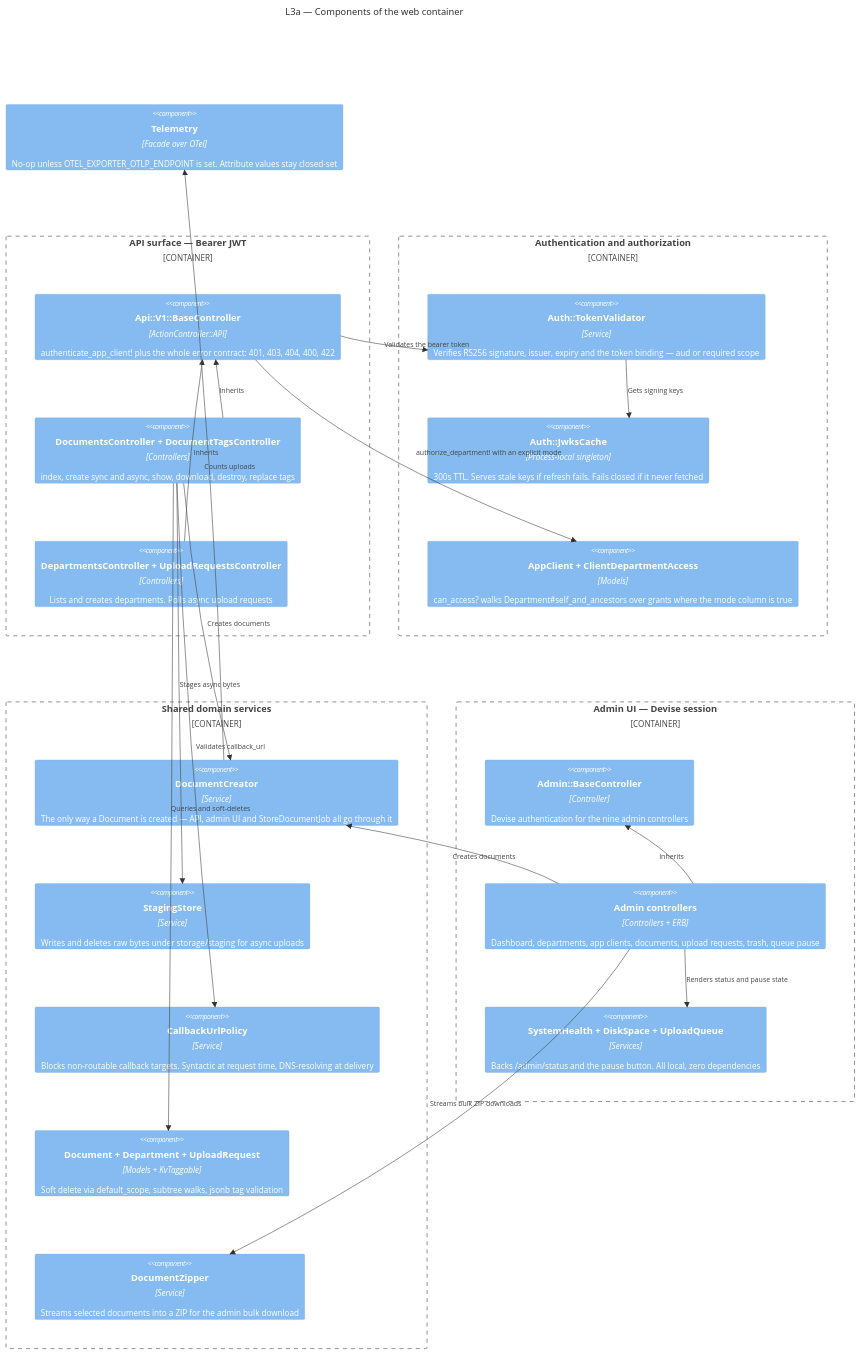
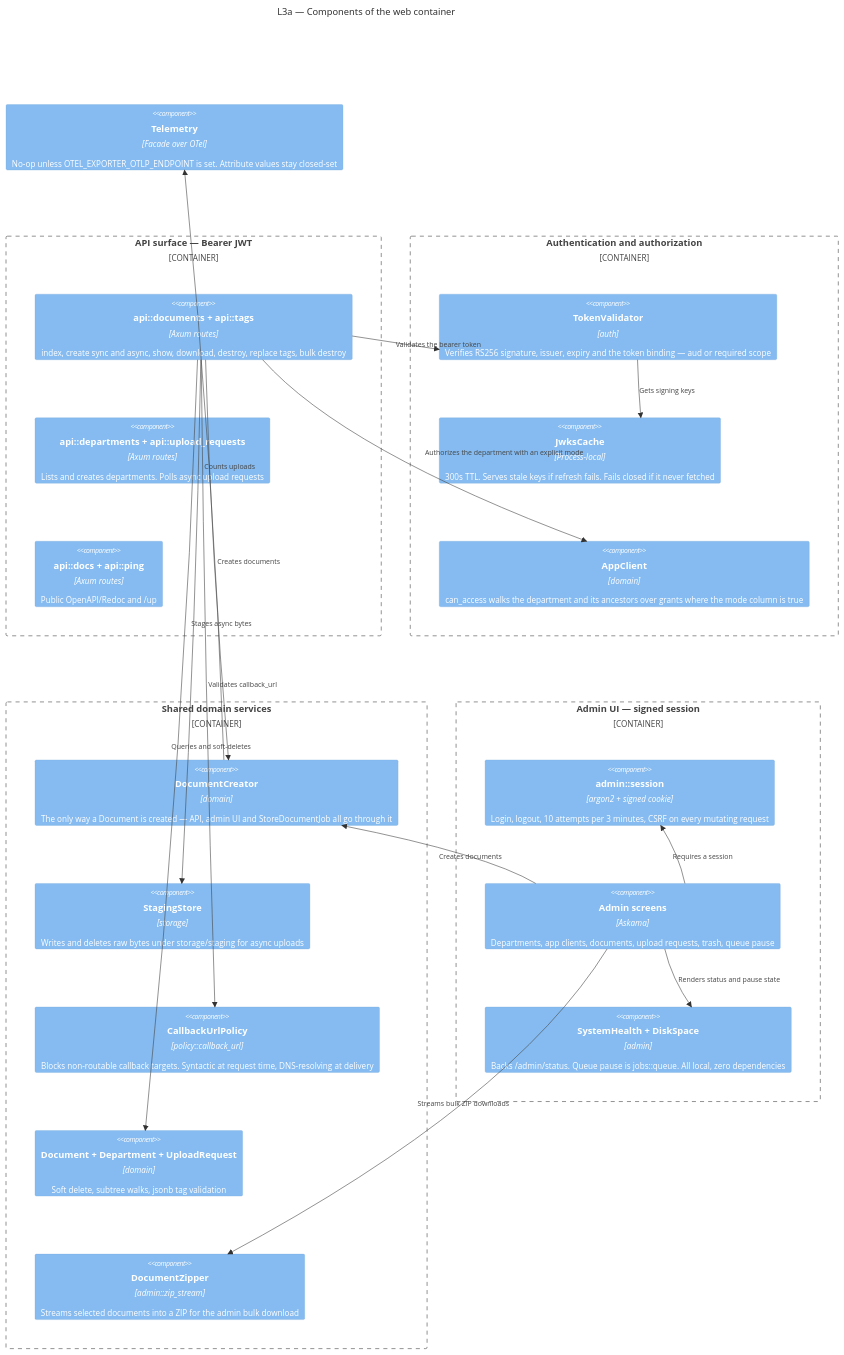
The third of 7 diagrams in docs/architecture/c4.md (maximefourre/ged), drawn with Mermaid before and after one commit. The commit also changed other lines of this file and 7 other files, not shown here.

````diff
--- a/docs/architecture/c4.md
+++ b/docs/architecture/c4.md
@@ -127,49 +133,47 @@
 ```mermaid
 C4Component
     title L3a — Components of the web container
 
     Container_Boundary(api, "API surface — Bearer JWT") {
-        Component(apibase, "Api::V1::BaseController", "ActionController::API", "authenticate_app_client! plus the whole error contract: 401, 403, 404, 400, 422")
-        Component(apidocs, "DocumentsController + DocumentTagsController", "Controllers", "index, create sync and async, show, download, destroy, replace tags")
-        Component(apidept, "DepartmentsController + UploadRequestsController", "Controllers", "Lists and creates departments. Polls async upload requests")
+        Component(apidocs, "api::documents + api::tags", "Axum routes", "index, create sync and async, show, download, destroy, replace tags, bulk destroy")
+        Component(apidept, "api::departments + api::upload_requests", "Axum routes", "Lists and creates departments. Polls async upload requests")
+        Component(ping, "api::docs + api::ping", "Axum routes", "Public OpenAPI/Redoc and /up")
     }
 
     Container_Boundary(auth, "Authentication and authorization") {
-        Component(validator, "Auth::TokenValidator", "Service", "Verifies RS256 signature, issuer, expiry and the token binding — aud or required scope")
-        Component(jwks, "Auth::JwksCache", "Process-local singleton", "300s TTL. Serves stale keys if refresh fails. Fails closed if it never fetched")
-        Component(appclient, "AppClient + ClientDepartmentAccess", "Models", "can_access? walks Department#self_and_ancestors over grants where the mode column is true")
+        Component(validator, "TokenValidator", "auth", "Verifies RS256 signature, issuer, expiry and the token binding — aud or required scope")
+        Component(jwks, "JwksCache", "Process-local", "300s TTL. Serves stale keys if refresh fails. Fails closed if it never fetched")
+        Component(appclient, "AppClient", "domain", "can_access walks the department and its ancestors over grants where the mode column is true")
     }
 
     Container_Boundary(shared, "Shared domain services") {
-        Component(creator, "DocumentCreator", "Service", "The only way a Document is created — API, admin UI and StoreDocumentJob all go through it")
-        Component(staging, "StagingStore", "Service", "Writes and deletes raw bytes under storage/staging for async uploads")
-        Component(ssrf, "CallbackUrlPolicy", "Service", "Blocks non-routable callback targets. Syntactic at request time, DNS-resolving at delivery")
-        Component(models, "Document + Department + UploadRequest", "Models + KvTaggable", "Soft delete via default_scope, subtree walks, jsonb tag validation")
-        Component(zipper, "DocumentZipper", "Service", "Streams selected documents into a ZIP for the admin bulk download")
+        Component(creator, "DocumentCreator", "domain", "The only way a Document is created — API, admin UI and StoreDocumentJob all go through it")
+        Component(staging, "StagingStore", "storage", "Writes and deletes raw bytes under storage/staging for async uploads")
+        Component(ssrf, "CallbackUrlPolicy", "policy::callback_url", "Blocks non-routable callback targets. Syntactic at request time, DNS-resolving at delivery")
+        Component(models, "Document + Department + UploadRequest", "domain", "Soft delete, subtree walks, jsonb tag validation")
+        Component(zipper, "DocumentZipper", "admin::zip_stream", "Streams selected documents into a ZIP for the admin bulk download")
     }
 
-    Container_Boundary(adminui, "Admin UI — Devise session") {
-        Component(adminbase, "Admin::BaseController", "Controller", "Devise authentication for the nine admin controllers")
-        Component(adminctl, "Admin controllers", "Controllers + ERB", "Dashboard, departments, app clients, documents, upload requests, trash, queue pause")
-        Component(health, "SystemHealth + DiskSpace + UploadQueue", "Services", "Backs /admin/status and the pause button. All local, zero dependencies")
+    Container_Boundary(adminui, "Admin UI — signed session") {
+        Component(adminbase, "admin::session", "argon2 + signed cookie", "Login, logout, 10 attempts per 3 minutes, CSRF on every mutating request")
+        Component(adminctl, "Admin screens", "Askama", "Departments, app clients, documents, upload requests, trash, queue pause")
+        Component(health, "SystemHealth + DiskSpace", "admin", "Backs /admin/status. Queue pause is jobs::queue. All local, zero dependencies")
     }
 
     Component(telemetry, "Telemetry", "Facade over OTel", "No-op unless OTEL_EXPORTER_OTLP_ENDPOINT is set. Attribute values stay closed-set")
 
-    Rel(apidocs, apibase, "Inherits")
-    Rel(apidept, apibase, "Inherits")
-    Rel(apibase, validator, "Validates the bearer token")
+    Rel(apidocs, validator, "Validates the bearer token")
     Rel(validator, jwks, "Gets signing keys")
-    Rel(apibase, appclient, "authorize_department! with an explicit mode")
+    Rel(apidocs, appclient, "Authorizes the department with an explicit mode")
     Rel(apidocs, creator, "Creates documents")
     Rel(apidocs, staging, "Stages async bytes")
     Rel(apidocs, ssrf, "Validates callback_url")
     Rel(apidocs, models, "Queries and soft-deletes")
-    Rel(adminctl, adminbase, "Inherits")
+    Rel(adminctl, adminbase, "Requires a session")
     Rel(adminctl, creator, "Creates documents")
     Rel(adminctl, health, "Renders status and pause state")
     Rel(adminctl, zipper, "Streams bulk ZIP downloads")
     Rel(creator, telemetry, "Counts uploads")
 
     UpdateLayoutConfig($c4ShapeInRow="3", $c4BoundaryInRow="2")
 ```
````
